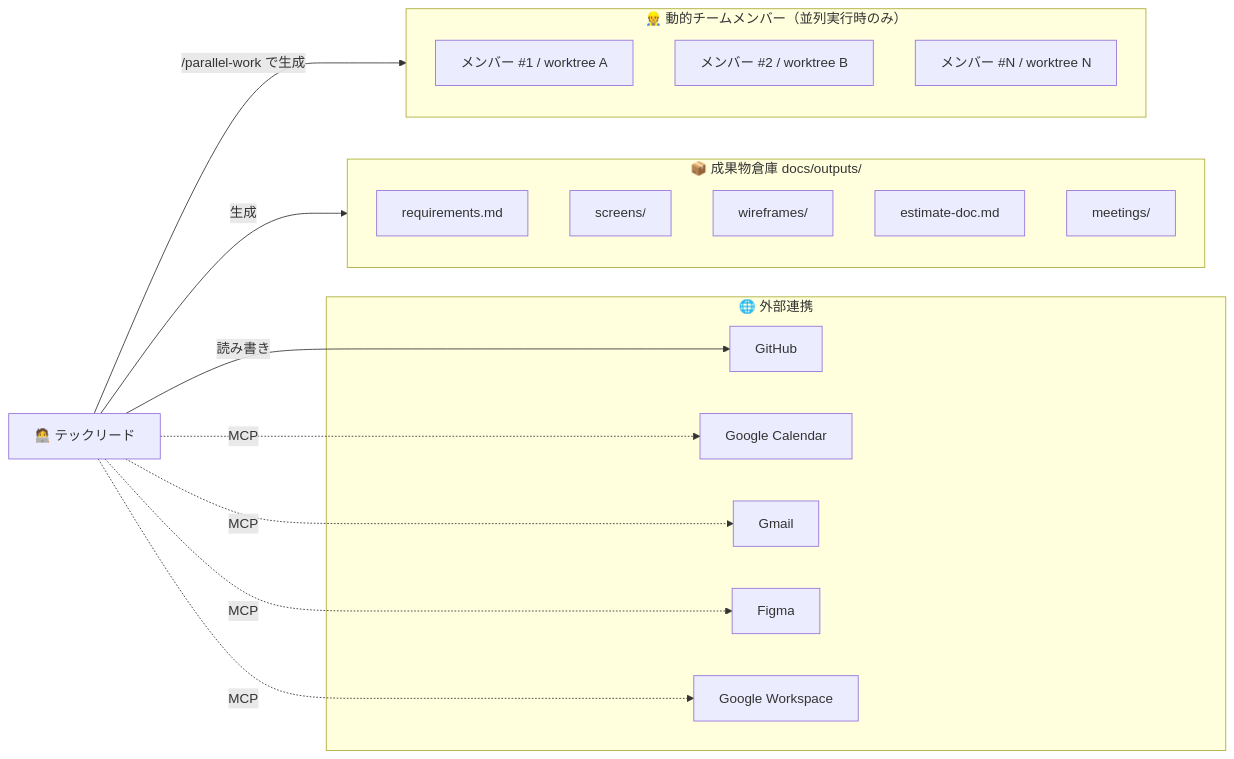
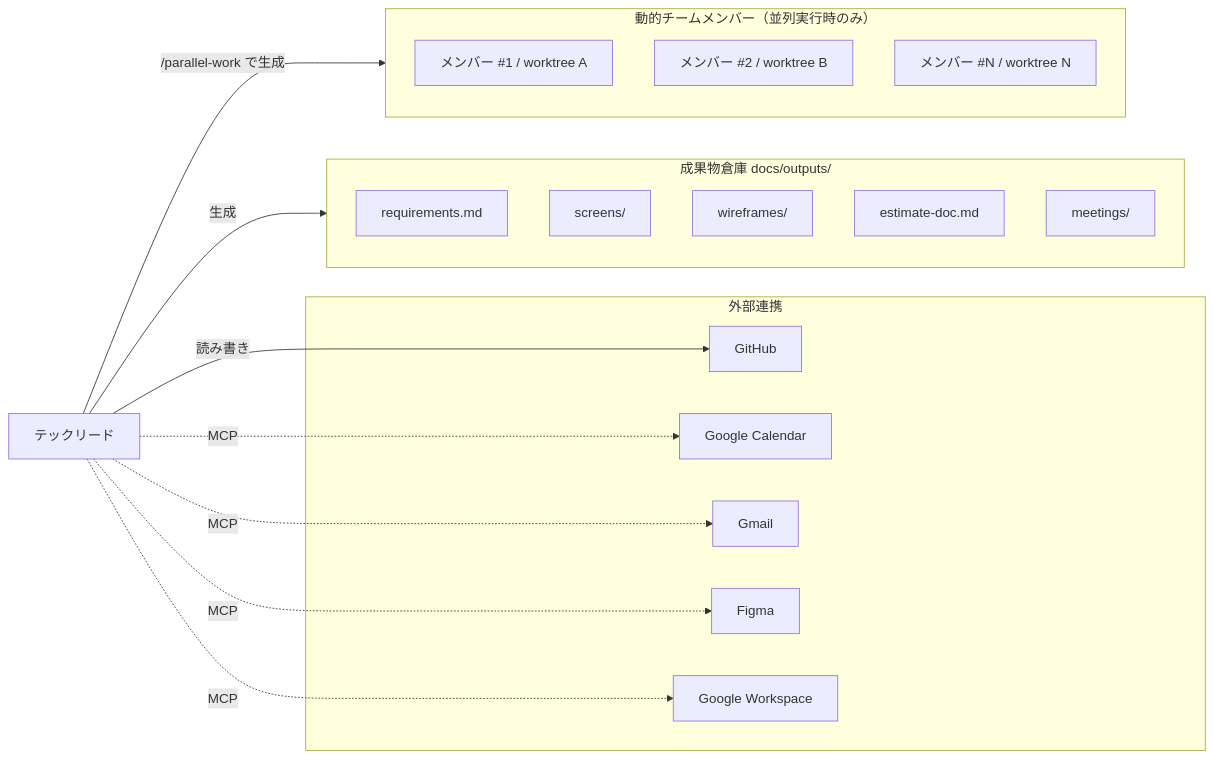
The second of 2 diagrams in README.md (RyotaSakai-X1/ai-concierge), drawn with Mermaid before and after one commit. The commit also changed other lines of this file, not shown here.

````diff
--- a/README.md
+++ b/README.md
@@ -226,36 +119,36 @@
 ```mermaid
 graph LR
-    TL["🧑‍💻 テックリード"]
+    TL["テックリード"]
 
-    subgraph External["🌐 外部連携"]
+    subgraph External["外部連携"]
         GH["GitHub"]
         GCal["Google Calendar"]
         Gmail["Gmail"]
         Figma["Figma"]
         GDocs["Google Workspace"]
     end
 
     TL -->|読み書き| GH
     TL -.->|MCP| GCal
     TL -.->|MCP| Gmail
     TL -.->|MCP| Figma
     TL -.->|MCP| GDocs
 
-    subgraph Outputs["📦 成果物倉庫 docs/outputs/"]
+    subgraph Outputs["成果物倉庫 docs/outputs/"]
         O1["requirements.md"]
         O2["screens/"]
         O3["wireframes/"]
         O4["estimate-doc.md"]
         O5["meetings/"]
     end
 
     TL -->|生成| Outputs
 
-    subgraph Temp["👷 動的チームメンバー（並列実行時のみ）"]
+    subgraph Temp["動的チームメンバー（並列実行時のみ）"]
         M1["メンバー #1 / worktree A"]
         M2["メンバー #2 / worktree B"]
         M3["メンバー #N / worktree N"]
     end
 
     TL -->|"/parallel-work で生成"| Temp
 ```
````
